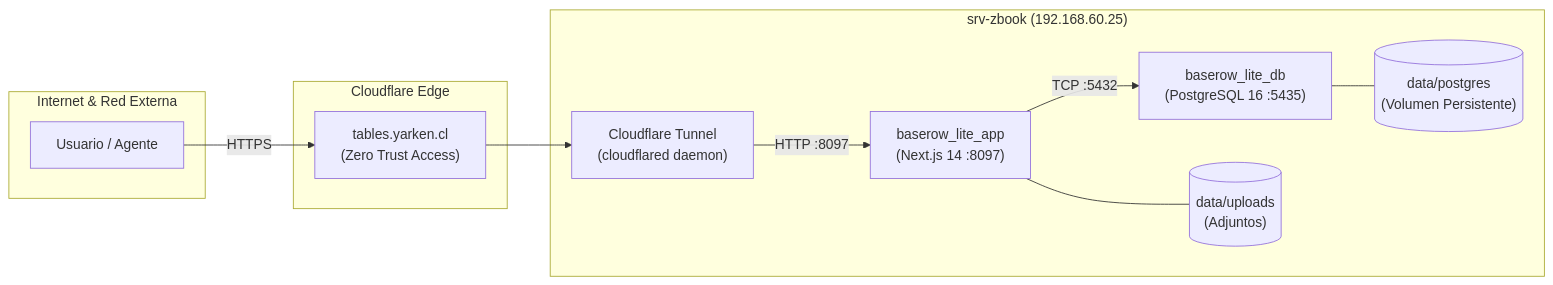
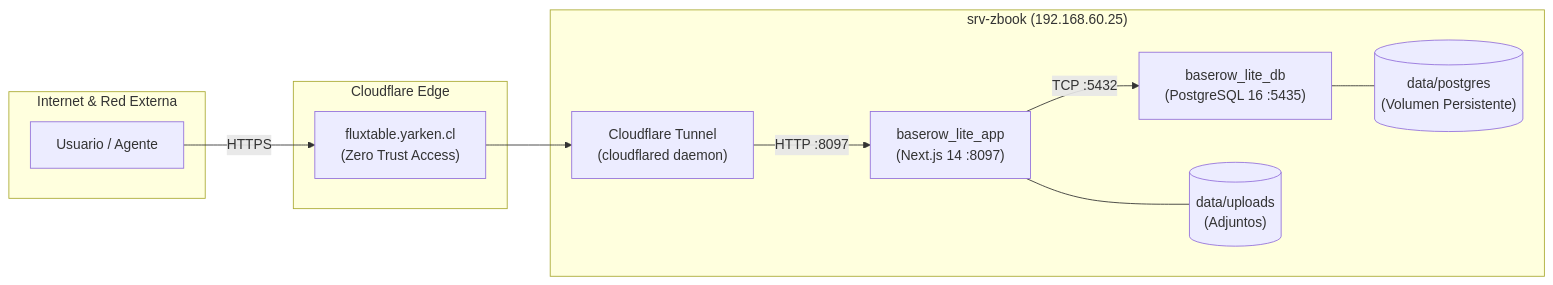
The diagram in docs/manual_operaciones_despliegue.md (snadales/fluxtable), drawn with Mermaid before and after one commit. The commit also changed other lines of this file and 9 other files, not shown here.

Commit message:
feat(domain): migrar dominio oficial a fluxtable.yarken.cl y limpiar dominios legacy (#42)

````diff
--- a/docs/manual_operaciones_despliegue.md
+++ b/docs/manual_operaciones_despliegue.md
@@ -13,25 +13,25 @@
 ```mermaid
 flowchart LR
     subgraph WAN["Internet & Red Externa"]
         User["Usuario / Agente"]
     end
 
     subgraph CF["Cloudflare Edge"]
-        Edge["tables.yarken.cl\n(Zero Trust Access)"]
+        Edge["fluxtable.yarken.cl\n(Zero Trust Access)"]
     end
 
     subgraph ZBook["srv-zbook (192.168.60.25)"]
         Tunnel["Cloudflare Tunnel\n(cloudflared daemon)"]
         App["baserow_lite_app\n(Next.js 14 :8097)"]
         DB["baserow_lite_db\n(PostgreSQL 16 :5435)"]
         VolData[("data/postgres\n(Volumen Persistente)")]
         VolUploads[("data/uploads\n(Adjuntos)")]
     end
 
     User -->|HTTPS| Edge
     Edge --> Tunnel
     Tunnel -->|HTTP :8097| App
     App -->|TCP :5432| DB
     DB --- VolData
     App --- VolUploads
 ```
````
